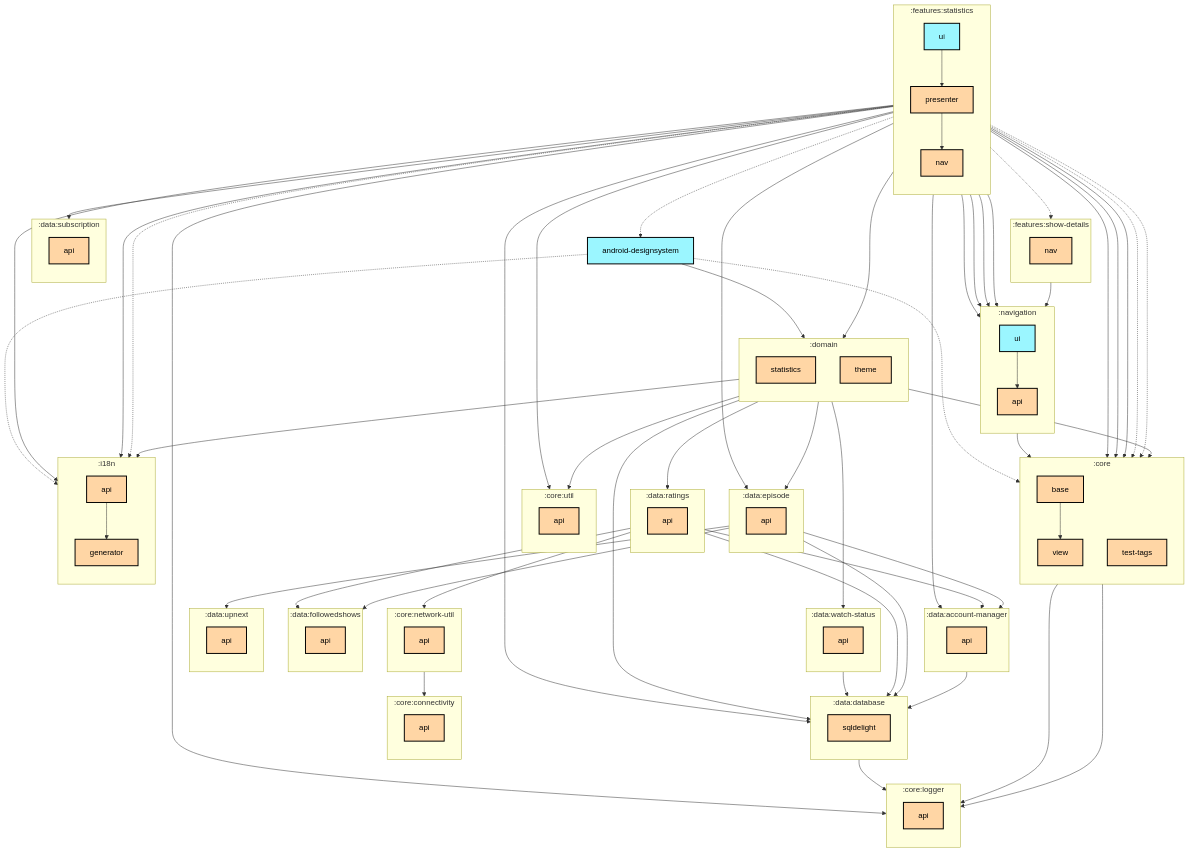
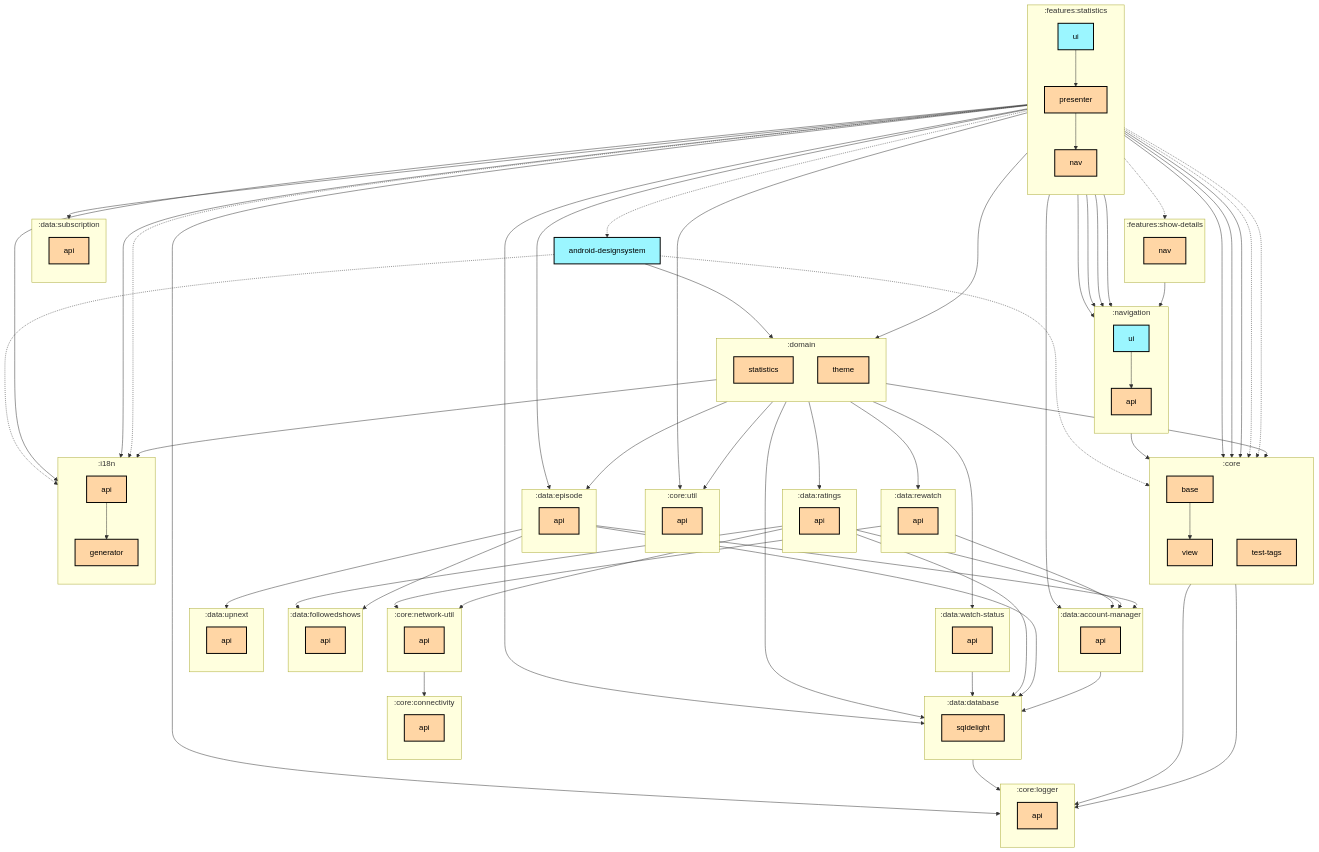
The first of 2 diagrams in features/statistics/ui/README.md (thomaskioko/tv-maniac), drawn with Mermaid before and after one commit. The commit also changed 4 other files, not shown here.

Commit message:
Regenerate the module graphs for the statistics rewatch edge

```diff
--- a/features/statistics/ui/README.md
+++ b/features/statistics/ui/README.md
@@ -47,6 +47,10 @@
   subgraph :data:ratings
     direction TB
     :data:ratings:api[api]:::multiplatform
+  end
+  subgraph :data:rewatch
+    direction TB
+    :data:rewatch:api[api]:::multiplatform
   end
   subgraph :data:subscription
     direction TB
@@ -103,12 +107,15 @@
   :data:ratings:api --> :data:account-manager:api
   :data:ratings:api --> :data:database:sqldelight
   :data:ratings:api --> :data:followedshows:api
+  :data:rewatch:api --> :core:network-util:api
+  :data:rewatch:api --> :data:account-manager:api
   :data:watch-status:api --> :data:database:sqldelight
   :domain:statistics --> :core:base
   :domain:statistics --> :core:util:api
   :domain:statistics --> :data:database:sqldelight
   :domain:statistics --> :data:episode:api
   :domain:statistics --> :data:ratings:api
+  :domain:statistics --> :data:rewatch:api
   :domain:statistics --> :data:watch-status:api
   :domain:theme --> :i18n:generator
   :features:show-details:nav --> :navigation:api
```
